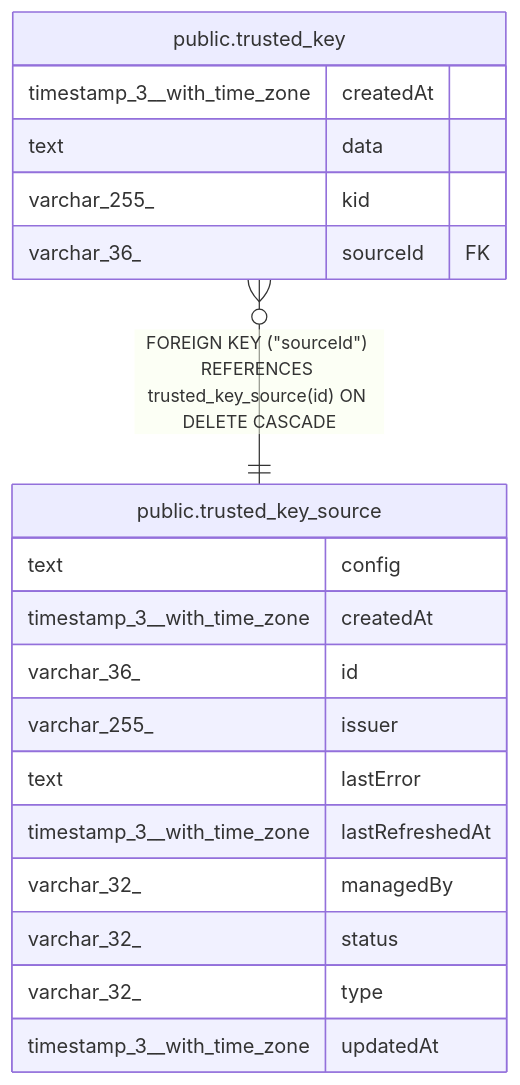
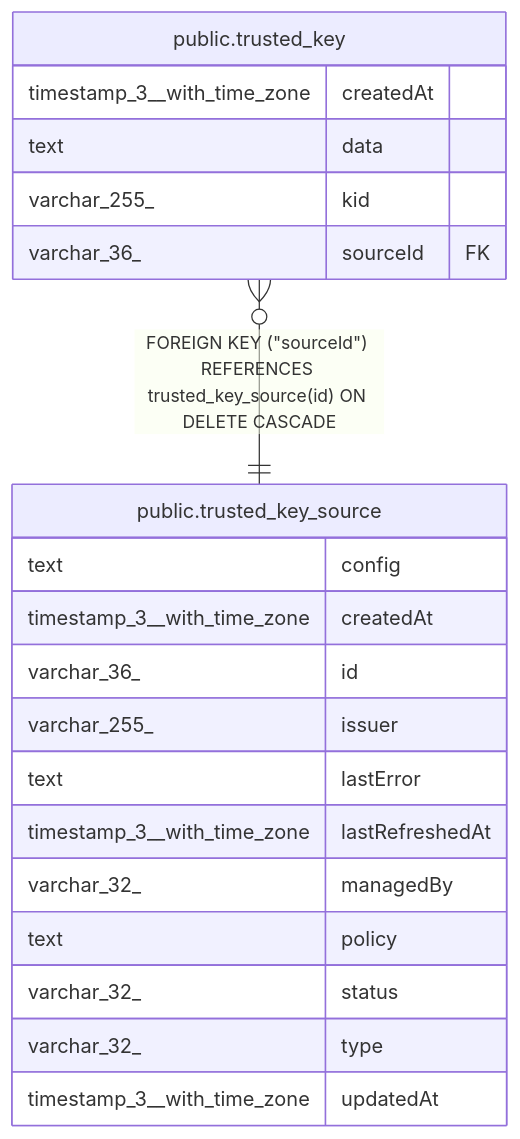
One commit to mayankjain1815-commits/n8n changed the diagram in docs/generated/postgres-schema/public.trusted_key.md. Above: the diagram before and after it, drawn with Mermaid. The commit also changed 36 other files, not shown here.

````diff
--- a/docs/generated/postgres-schema/public.trusted_key.md
+++ b/docs/generated/postgres-schema/public.trusted_key.md
@@ -31,24 +31,25 @@
 ```mermaid
 erDiagram
 
 "public.trusted_key" }o--|| "public.trusted_key_source" : "FOREIGN KEY (#quot;sourceId#quot;) REFERENCES trusted_key_source(id) ON DELETE CASCADE"
 
 "public.trusted_key" {
   timestamp_3__with_time_zone createdAt
   text data
   varchar_255_ kid
   varchar_36_ sourceId FK
 }
 "public.trusted_key_source" {
   text config
   timestamp_3__with_time_zone createdAt
   varchar_36_ id
   varchar_255_ issuer
   text lastError
   timestamp_3__with_time_zone lastRefreshedAt
   varchar_32_ managedBy
+  text policy
   varchar_32_ status
   varchar_32_ type
   timestamp_3__with_time_zone updatedAt
 }
 ```
````
